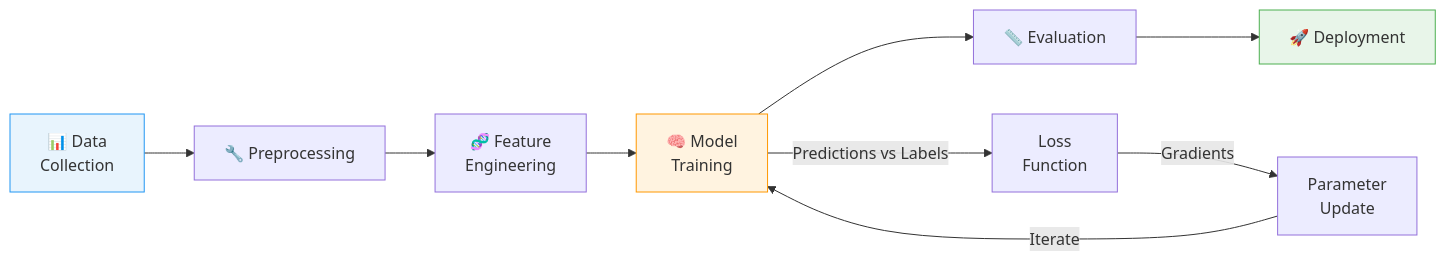
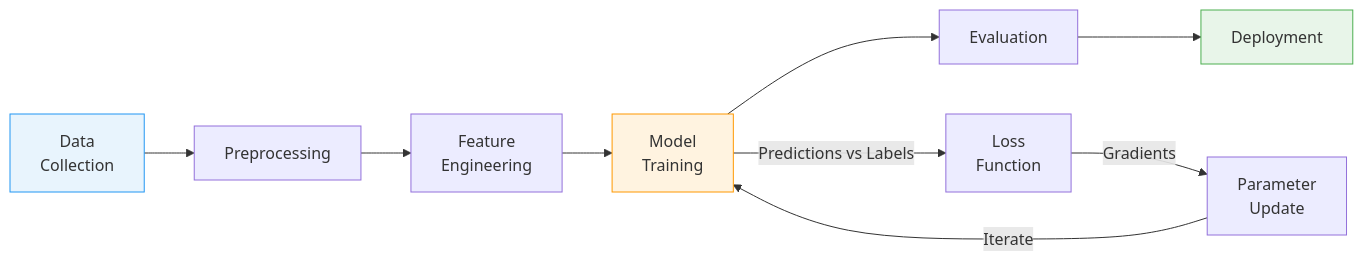
Before and after one commit to sungsoo-ahn/sungsoo-ahn.github.io: the first of 3 diagrams in _teaching/protein-ai-s26-02-preliminary-ai-fundamentals.md, drawn with Mermaid. The commit also changed other lines of this file and 10 other files, not shown here.

````diff
--- a/_teaching/protein-ai-s26-02-preliminary-ai-fundamentals.md
+++ b/_teaching/protein-ai-s26-02-preliminary-ai-fundamentals.md
@@ -118,16 +118,16 @@
 ```mermaid
 flowchart LR
-    A["📊 Data\nCollection"] --> B["🔧 Preprocessing"]
-    B --> C["🧬 Feature\nEngineering"]
-    C --> D["🧠 Model\nTraining"]
-    D --> E["📏 Evaluation"]
-    E --> F["🚀 Deployment"]
+    A["Data\nCollection"] --> B["Preprocessing"]
+    B --> C["Feature\nEngineering"]
+    C --> D["Model\nTraining"]
+    D --> E["Evaluation"]
+    E --> F["Deployment"]
 
     D -->|"Predictions vs Labels"| L["Loss\nFunction"]
     L -->|"Gradients"| U["Parameter\nUpdate"]
     U -->|"Iterate"| D
 
     style A fill:#e8f4fd,stroke:#2196F3
     style D fill:#fff3e0,stroke:#FF9800
     style F fill:#e8f5e9,stroke:#4CAF50
 ```
````
